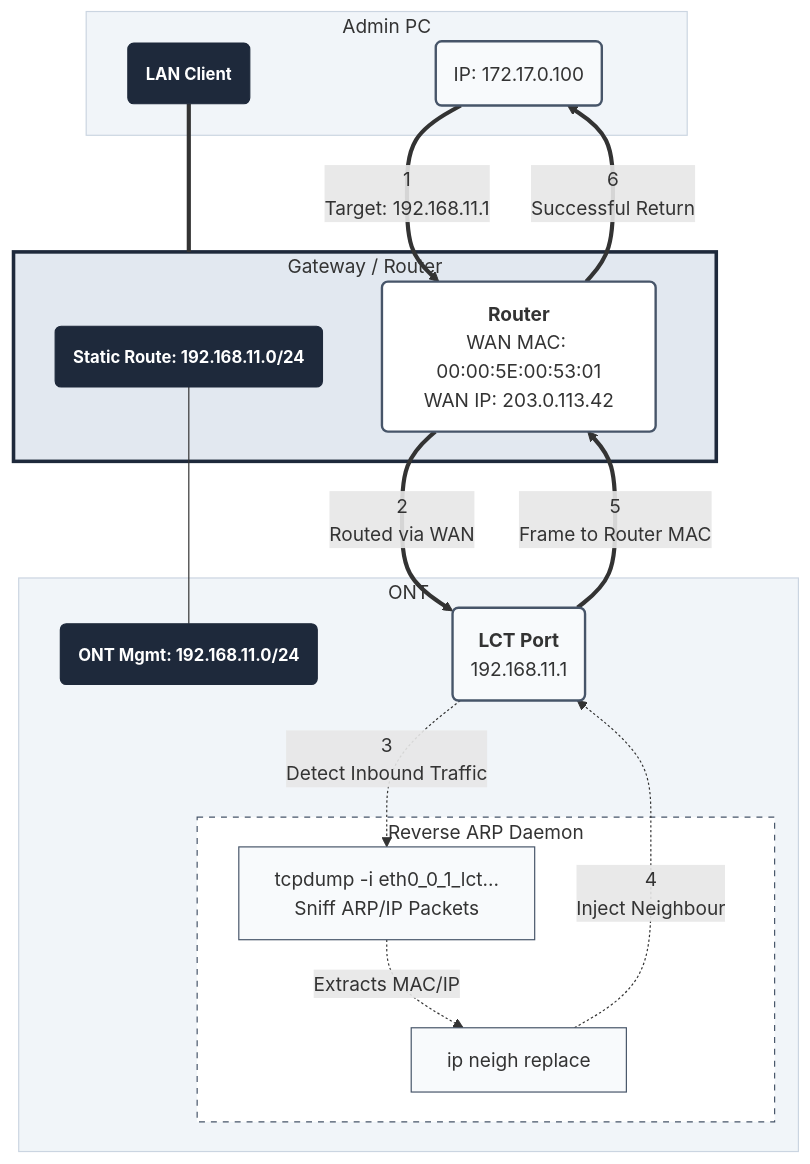
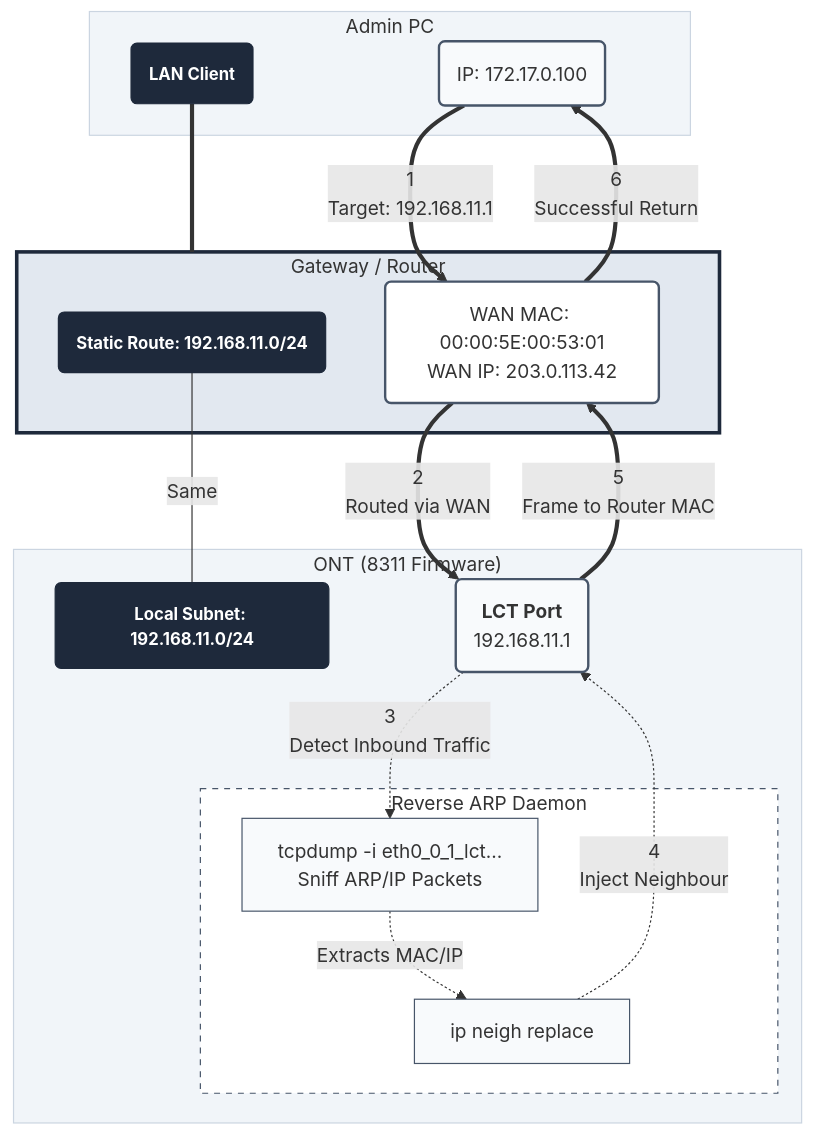
One commit to up-n-atom/8311 changed the third of 3 diagrams in docs/posts/accessing-the-ont.md. Above: the diagram before and after it, drawn with Mermaid. The commit also changed other lines of this file, not shown here.

Commit message:
post 19: equalize diagrams

````diff
--- a/docs/posts/accessing-the-ont.md
+++ b/docs/posts/accessing-the-ont.md
@@ -528,45 +531,45 @@
 ``` mermaid
 graph TD
   classDef linkNode fill:#f8fafc,stroke:#475569,stroke-width:2px
   classDef titleNode fill:#1e293b,stroke:#1e293b,font-weight:bold,font-size:14px
   classDef routeNode fill:#fff,stroke:#475569,stroke-width:2px
   classDef logicNode fill:#f8fafc,stroke:#475569,stroke-width:1px
 
   subgraph LAN_Group ["Admin PC"]
     PC_Title("<font color=white>LAN Client"):::titleNode
     PC("IP: 172.17.0.100"):::linkNode
   end
 
   subgraph GW_Group ["Gateway / Router"]
     GW_Title("<font color=white>Static Route: 192.168.11.0/24"):::titleNode
-    GW("<b>Router</b><br/>WAN MAC: 00:00:5E:00:53:01<br/>WAN IP: 203.0.113.42"):::routeNode
+    GW("WAN MAC: 00:00:5E:00:53:01<br/>WAN IP: 203.0.113.42"):::routeNode
   end
 
-  subgraph ONT_Group ["ONT"]
-    O_Title("<font color=white>ONT Mgmt: 192.168.11.0/24"):::titleNode
+  subgraph ONT_Group ["ONT (8311 Firmware)"]
+    O_Title("<font color=white>Local Subnet: 192.168.11.0/24"):::titleNode
     ONT("<b>LCT Port</b><br/>192.168.11.1"):::linkNode
 
     subgraph Daemon ["Reverse ARP Daemon"]
       TCPDUMP["tcpdump -i eth0_0_1_lct...<br/>Sniff ARP/IP Packets"]:::logicNode
       IP_NEIGH["ip neigh replace"]:::logicNode
     end
 
     ONT -.->|"3<br/>Detect Inbound Traffic"| TCPDUMP
     TCPDUMP -.-> |Extracts MAC/IP| IP_NEIGH
     IP_NEIGH -.->|"4<br/>Inject Neighbour"| ONT
   end
 
   PC_Title === GW_Group
-  GW_Title --- O_Title
+  GW_Title --- |Same| O_Title
 
   PC ==> |"1<br/>Target: 192.168.11.1"| GW
   GW ==> |"2<br/>Routed via WAN"| ONT
 
   ONT ==> |"5<br/>Frame to Router MAC"| GW
   GW ==> |"6<br/>Successful Return"| PC
 
   style LAN_Group fill:#f1f5f9,stroke:#cbd5e1,stroke-width:1px
   style GW_Group fill:#e2e8f0,stroke:#1e293b,stroke-width:3px
   style ONT_Group fill:#f1f5f9,stroke:#cbd5e1,stroke-width:1px
   style Daemon fill:#fff,stroke:#475569,stroke-dasharray: 5 5,stroke-width:1px
 ```
````
